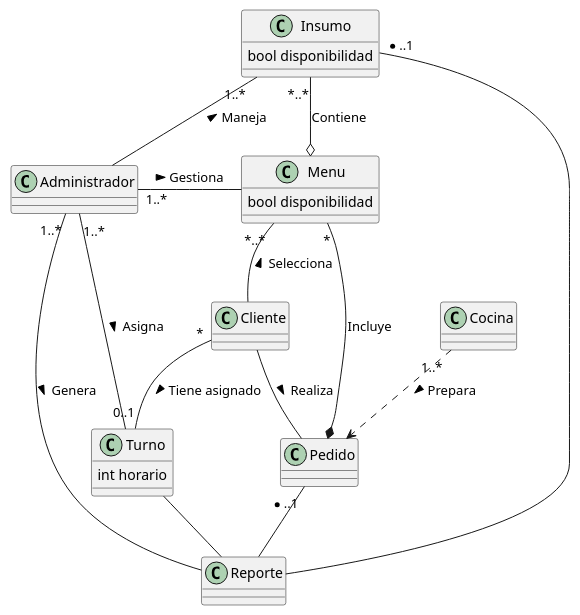
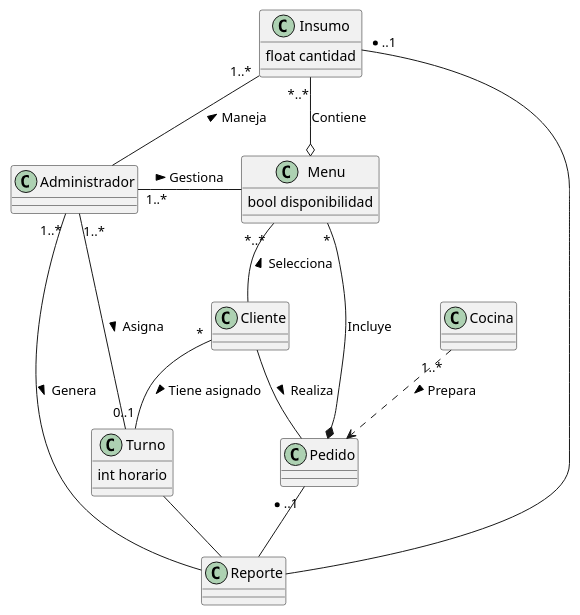
The diagram in docs/domain-modeling.plantuml (druxorey/ucv-proyecto-cacerola), drawn with PlantUML before and after one commit.

Commit message:
domain-modeling.plantuml

```diff
--- a/docs/domain-modeling.plantuml
+++ b/docs/domain-modeling.plantuml
@@ -1,37 +1,37 @@
 @startuml domain-modeling
 
 Class Cliente
 Class Administrador
 Class Cocina
 Class Pedido
 Class Reporte
 Class Turno {
 	int horario
 }
 Class Insumo {
-	bool disponibilidad
+	float cantidad 
 }
 Class Menu {
 	bool disponibilidad
 }
 
 Insumo "*..*" -o Menu : Contiene
 Insumo "1..*" -- Administrador : < Maneja
 Insumo "*..1" -- Reporte
 
 Menu "*..*" -- Cliente : < Selecciona
 
 Administrador "1..*" -- Turno : Asigna >
 Administrador "1..*" - Menu : Gestiona >
 Administrador "1..*" -- Reporte : Genera >
 
 Cliente "*" -- "0..1" Turno : Tiene asignado >
 Cliente -- Pedido : Realiza >
 
 Pedido *-- "*" Menu : Incluye
 Pedido "*..1" -- Reporte
 
 Cocina "1..*" ..> Pedido : Prepara >
 Turno -- Reporte
 
 @enduml
```
